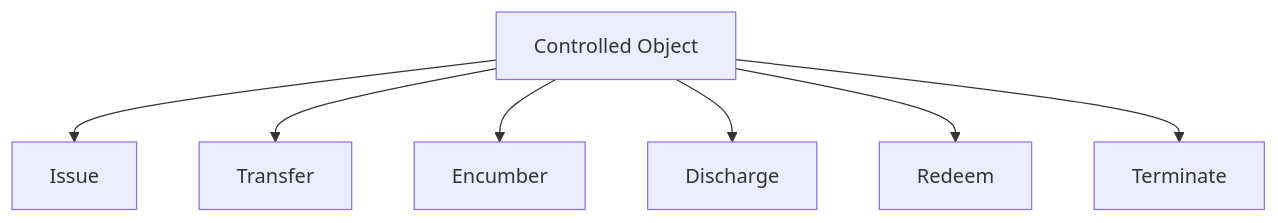
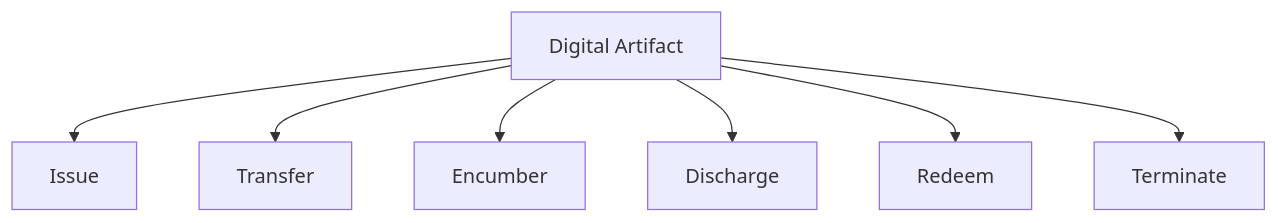
One commit to trbouma/openetr changed the second of 7 diagrams in docs/specs/CANONICAL_ETR_TRANSACTION_INFOGRAPHIC.md. Above: the diagram before and after it, drawn with Mermaid. The commit also changed other lines of this file and 99 other files, not shown here.

````diff
--- a/docs/specs/CANONICAL_ETR_TRANSACTION_INFOGRAPHIC.md
+++ b/docs/specs/CANONICAL_ETR_TRANSACTION_INFOGRAPHIC.md
@@ -28,9 +28,9 @@
 ```mermaid
 flowchart TD
-    O["Controlled Object"] --> I["Issue"]
+    O["Digital Artifact"] --> I["Issue"]
     O --> T["Transfer"]
     O --> E["Encumber"]
     O --> D["Discharge"]
     O --> R["Redeem"]
     O --> X["Terminate"]
 ```
````
